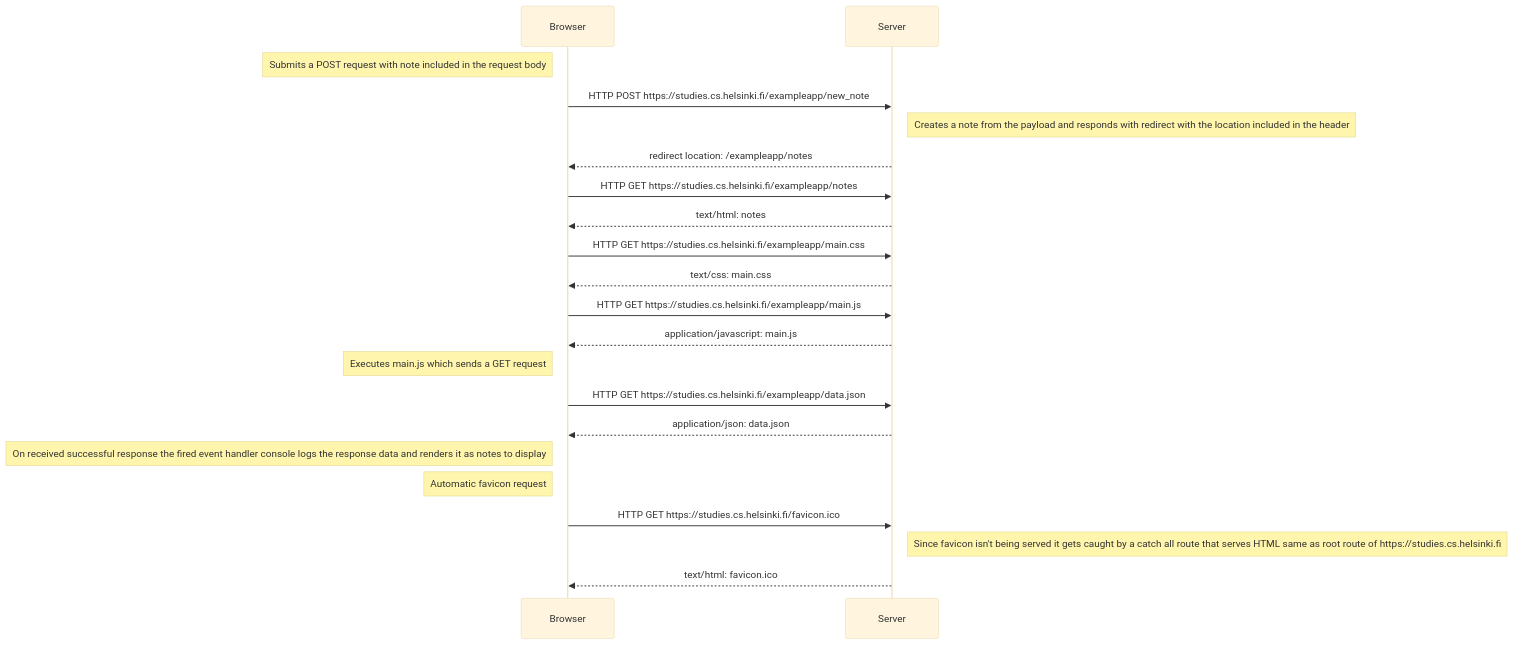
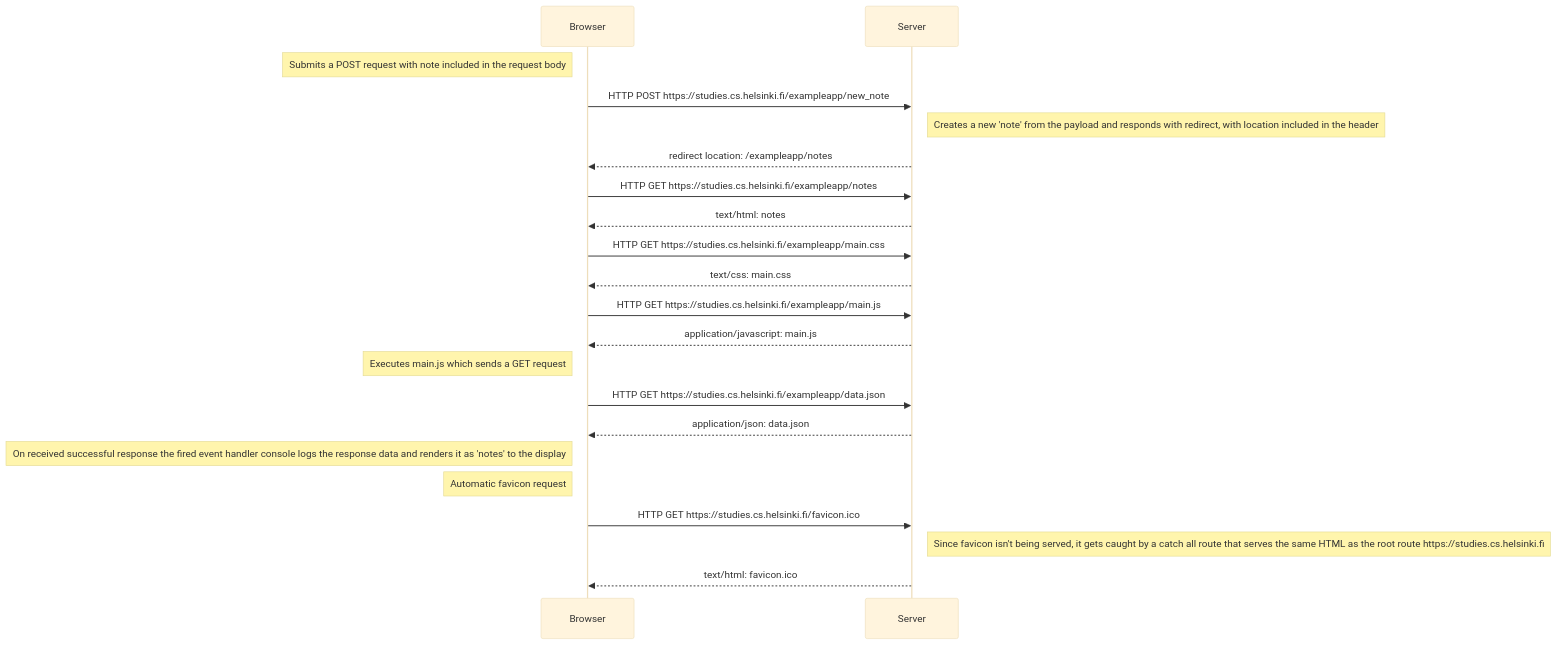
One commit to adkuca/fullstackopen changed the diagram in part00-fundamentals-of-web-apps/exercise0_4.md. Above: the diagram before and after it, drawn with Mermaid (base theme). The commit also changed 2 other files, not shown here.

Commit message:
Fix grammar exercise0_4 - exercise0_6

````diff
--- a/part00-fundamentals-of-web-apps/exercise0_4.md
+++ b/part00-fundamentals-of-web-apps/exercise0_4.md
@@ -3,23 +3,23 @@
 ```mermaid
 sequenceDiagram
     participant Browser
     participant Server
     Note left of Browser: Submits a POST request with note included in the request body
     Browser->>Server: HTTP POST https://studies.cs.helsinki.fi/exampleapp/new_note
-    Note right of Server: Creates a note from the payload and responds with redirect with the location included in the header
+    Note right of Server: Creates a new 'note' from the payload and responds with redirect, with location included in the header
     Server-->>Browser: redirect location: /exampleapp/notes
     Browser->>Server: HTTP GET https://studies.cs.helsinki.fi/exampleapp/notes
     Server-->>Browser: text/html: notes
     Browser->>Server: HTTP GET https://studies.cs.helsinki.fi/exampleapp/main.css
     Server-->>Browser: text/css: main.css
     Browser->>Server: HTTP GET https://studies.cs.helsinki.fi/exampleapp/main.js
     Server-->>Browser: application/javascript: main.js
     Note left of Browser: Executes main.js which sends a GET request
     Browser->>Server: HTTP GET https://studies.cs.helsinki.fi/exampleapp/data.json
     Server-->>Browser: application/json: data.json
-    Note left of Browser: On received successful response the fired event handler console logs the response data and renders it as notes to display
+    Note left of Browser: On received successful response the fired event handler console logs the response data and renders it as 'notes' to the display
     Note left of Browser: Automatic favicon request
     Browser->>Server: HTTP GET https://studies.cs.helsinki.fi/favicon.ico
-    Note right of Server: Since favicon isn't being served it gets caught by a catch all route that serves HTML same as root route of https://studies.cs.helsinki.fi
+    Note right of Server: Since favicon isn't being served, it gets caught by a catch all route that serves the same HTML as the root route https://studies.cs.helsinki.fi
     Server-->>Browser: text/html: favicon.ico
 ```
````
